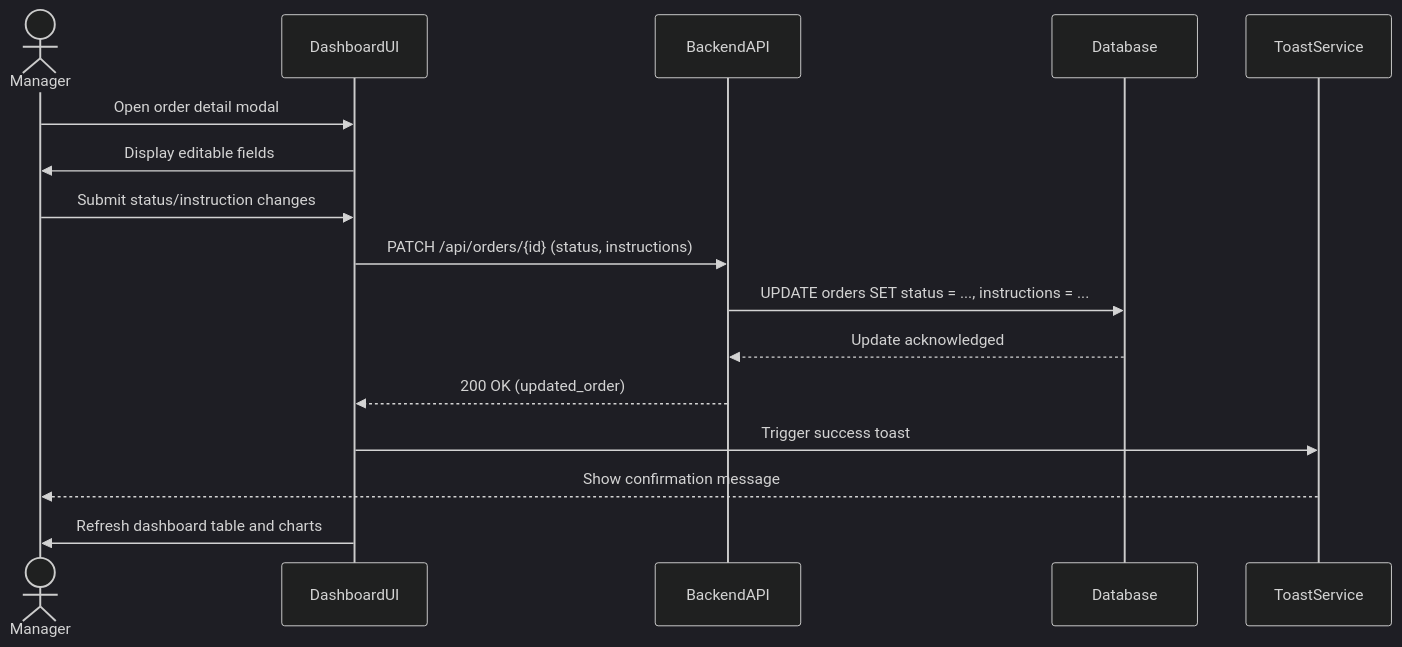
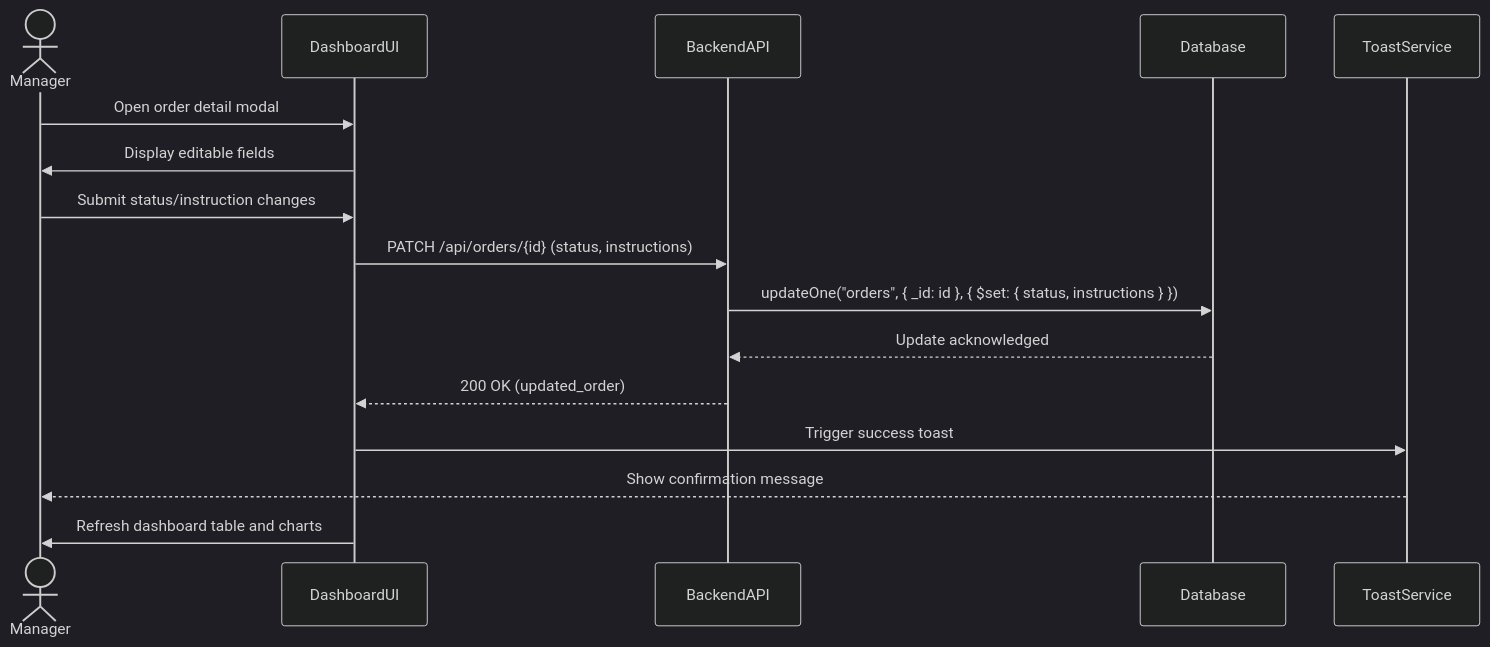
One commit to TheFelixGomez/cen5035-optiflow-frontend changed the seventh of 7 diagrams in docs/sequence-diagrams.md. Above: the diagram before and after it, drawn with Mermaid (dark theme). The commit also changed other lines of this file, not shown here.

Commit message:
docs: align sequence diagrams with MongoDB operations

````diff
--- a/docs/sequence-diagrams.md
+++ b/docs/sequence-diagrams.md
@@ -159,19 +160,19 @@
 ```mermaid
 sequenceDiagram
     actor Manager
     participant DashboardUI
     participant BackendAPI
     participant Database
     participant ToastService
 
     Manager->>DashboardUI: Open order detail modal
     DashboardUI->>Manager: Display editable fields
     Manager->>DashboardUI: Submit status/instruction changes
     DashboardUI->>BackendAPI: PATCH /api/orders/{id} (status, instructions)
-    BackendAPI->>Database: UPDATE orders SET status = ..., instructions = ...
+    BackendAPI->>Database: updateOne("orders", { _id: id }, { $set: { status, instructions } })
     Database-->>BackendAPI: Update acknowledged
     BackendAPI-->>DashboardUI: 200 OK (updated_order)
     DashboardUI->>ToastService: Trigger success toast
     ToastService-->>Manager: Show confirmation message
     DashboardUI->>Manager: Refresh dashboard table and charts
 ```
````
